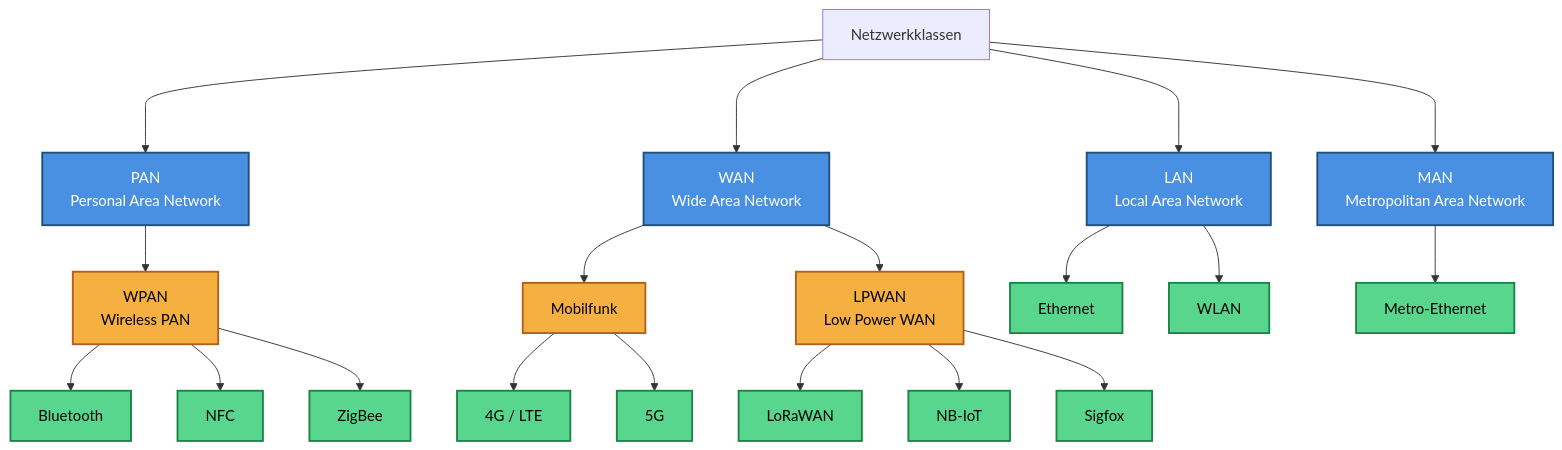
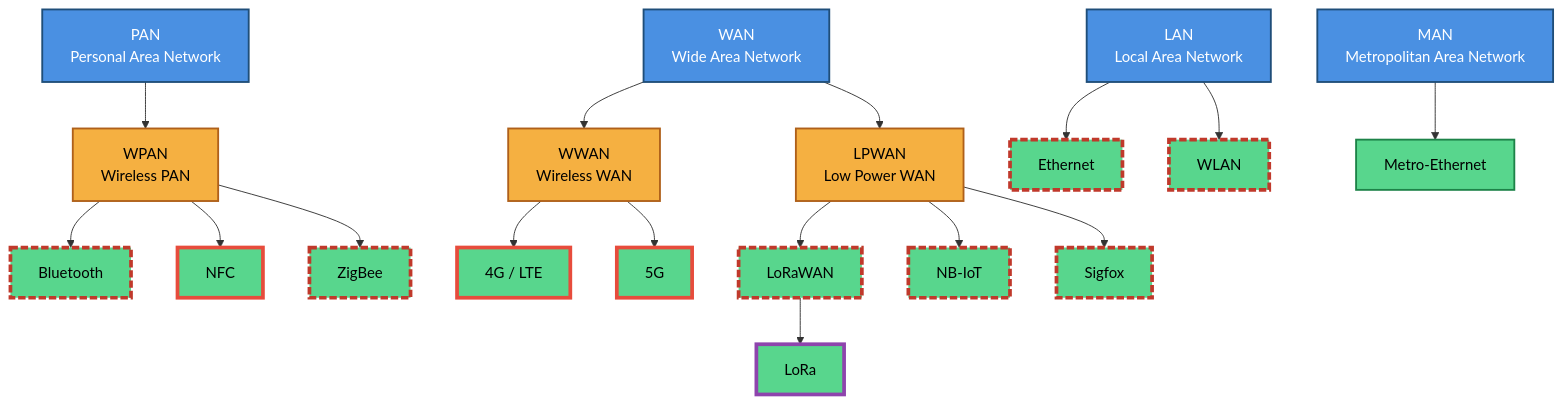
The diagram in backend/web/web-basics-advanced.md (luc-debug/fullstack-lecture), drawn with Mermaid before and after one commit. The commit also changed other lines of this file, not shown here.

Commit message:
feat: refine network classes diagram and enhance OSI layer representation for clarity

````diff
--- a/backend/web/web-basics-advanced.md
+++ b/backend/web/web-basics-advanced.md
@@ -17,42 +17,50 @@
 ```mermaid
 graph TD
-
-    
-
-    Netzwerkklassen ---> PAN["PAN<br/>Personal Area Network"]
-    Netzwerkklassen --->  LAN["LAN<br/>Local Area Network"]
-    Netzwerkklassen ---> MAN["MAN<br/>Metropolitan Area Network"]
-    Netzwerkklassen ---> WAN["WAN<br/>Wide Area Network"]
+    PAN["PAN<br/>Personal Area Network"]
+    LAN["LAN<br/>Local Area Network"]
+    MAN["MAN<br/>Metropolitan Area Network"]
+    WAN["WAN<br/>Wide Area Network"]
 
     %% Unterkategorien
     PAN --> WPAN["WPAN<br/>Wireless PAN"]
-    WAN --> Mobilfunk[Mobilfunk]
+    WAN --> WWAN["WWAN<br/>Wireless WAN"]
     WAN --> LPWAN["LPWAN<br/>Low Power WAN"]
 
     %% Technologien
     WPAN --> Bluetooth[Bluetooth]
     WPAN --> NFC[NFC]
     WPAN --> ZigBee[ZigBee]
 
     LAN --> Ethernet[Ethernet]
     LAN --> WLAN[WLAN]
 
     MAN --> MetroEth[Metro-Ethernet]
 
-    Mobilfunk --> G4[4G / LTE]
-    Mobilfunk --> G5[5G]
+    WWAN --> G4[4G / LTE]
+    WWAN --> G5[5G]
 
     LPWAN --> LoRaWAN[LoRaWAN]
     LPWAN --> NBIoT[NB-IoT]
     LPWAN --> Sigfox[Sigfox]
 
-    %% Farben
-    classDef netclass fill:#4A90E2,color:#fff,stroke:#1F4E79,stroke-width:2px;
-    classDef subcat fill:#F5B041,color:#000,stroke:#AF601A,stroke-width:2px;
-    classDef tech fill:#58D68D,color:#000,stroke:#1D8348,stroke-width:2px;
+    LoRaWAN --> Lora[LoRa]
 
-    class N,PAN,LAN,MAN,WAN netclass;
-    class WPAN,Mobilfunk,LPWAN subcat;
-    class Bluetooth,NFC,ZigBee,Ethernet,WLAN,MetroEth,G4,G5,LoRaWAN,NBIoT,Sigfox tech;
+    %% Grundfarben
+    classDef netclass fill:#4A90E2,color:white,stroke:#1F4E79,stroke-width:2px;
+    classDef subcat fill:#F5B041,color:black,stroke:#AF601A,stroke-width:2px;
+    classDef tech fill:#58D68D,color:black,stroke:#1D8348,stroke-width:2px;
+
+    %% OSI Layer
+    classDef osi1 fill:#58D68D,color:black,stroke:#E74C3C,stroke-width:4px;
+    classDef osi2 fill:#58D68D,color:black,stroke:#8E44AD,stroke-width:4px;
+    classDef osi12 fill:#58D68D,color:black,stroke:#C0392B,stroke-width:4px,stroke-dasharray: 8 3;
+
+    class PAN,LAN,MAN,WAN netclass;
+    class WPAN,WWAN,LPWAN subcat;
+
+    class NFC,G4,G5,Lora osi1;
+    class Ethernet,WLAN,Bluetooth,ZigBee,LoRaWAN,NBIoT,Sigfox osi12;
+    class Lora osi2;
+    class MetroEth tech;
 
 ```
````
